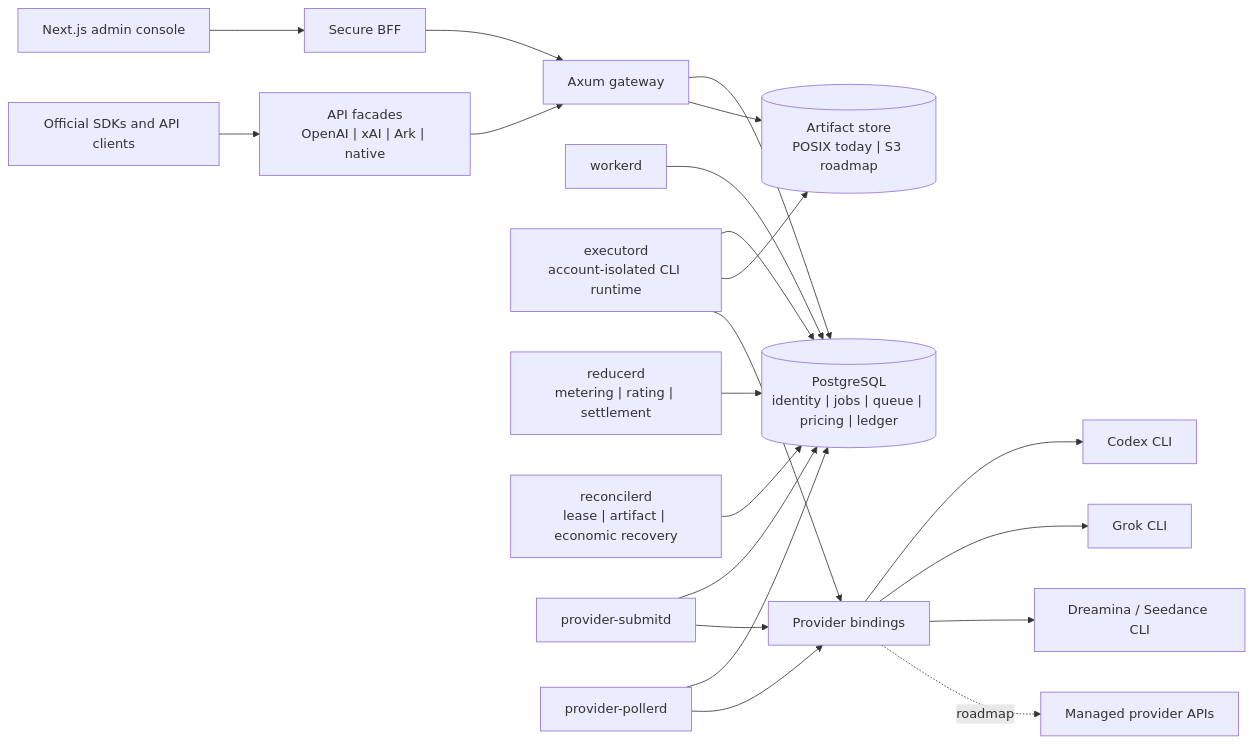
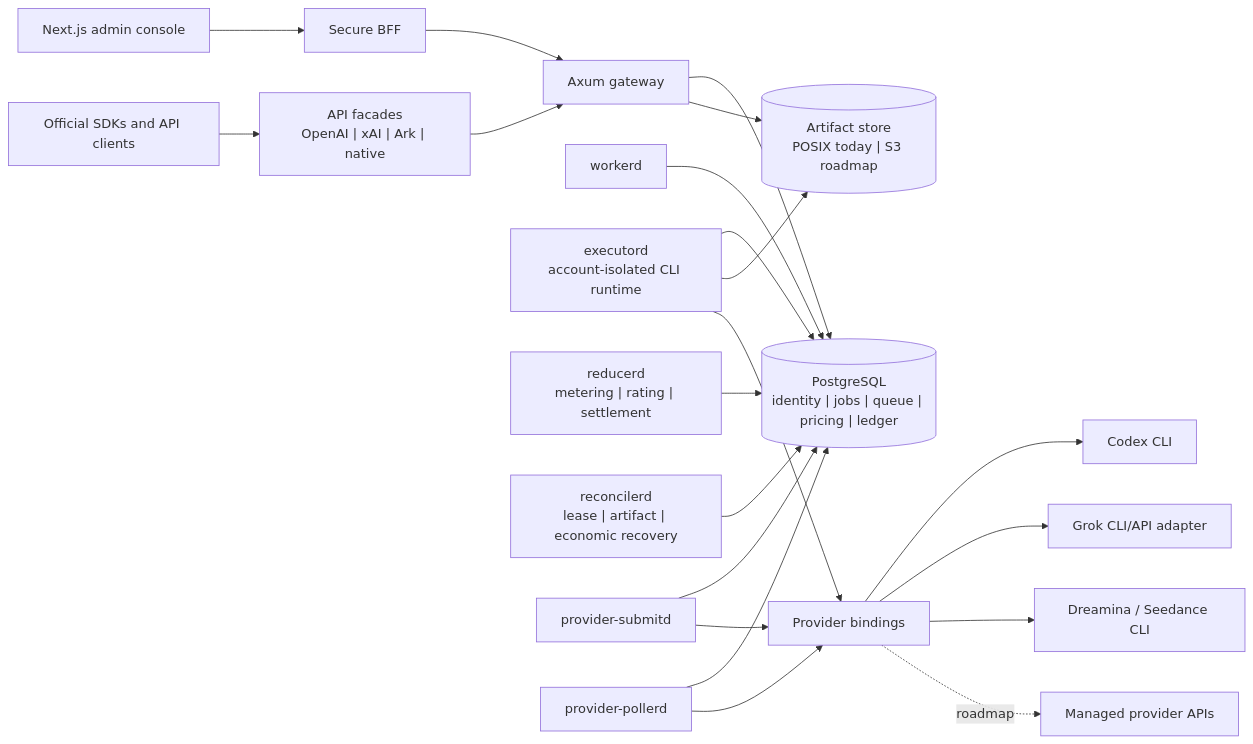
The first of 2 diagrams in README.md (B1gM8c/ai-image-factory), drawn with Mermaid before and after one commit. The commit also changed 28 other files, not shown here.

````diff
--- a/README.md
+++ b/README.md
@@ -114,26 +114,26 @@
 ```mermaid
 flowchart LR
     SDK["Official SDKs and API clients"] --> API["API facades<br/>OpenAI | xAI | Ark | native"]
     UI["Next.js admin console"] --> BFF["Secure BFF"]
     BFF --> GW["Axum gateway"]
     API --> GW
 
     GW --> PG[("PostgreSQL<br/>identity | jobs | queue | pricing | ledger")]
     GW --> ART[("Artifact store<br/>POSIX today | S3 roadmap")]
 
     WORK["workerd"] --> PG
     EXEC["executord<br/>account-isolated CLI runtime"] --> PG
     EXEC --> ART
     REDUCE["reducerd<br/>metering | rating | settlement"] --> PG
     RECON["reconcilerd<br/>lease | artifact | economic recovery"] --> PG
     SUBMIT["provider-submitd"] --> PG
     POLL["provider-pollerd"] --> PG
 
     EXEC --> ROUTE["Provider bindings"]
     SUBMIT --> ROUTE
     POLL --> ROUTE
     ROUTE --> CODEX["Codex CLI"]
-    ROUTE --> GROK["Grok CLI"]
+    ROUTE --> GROK["Grok CLI/API adapter"]
     ROUTE --> DREAM["Dreamina / Seedance CLI"]
     ROUTE -. roadmap .-> MANAGED["Managed provider APIs"]
 ```
````
